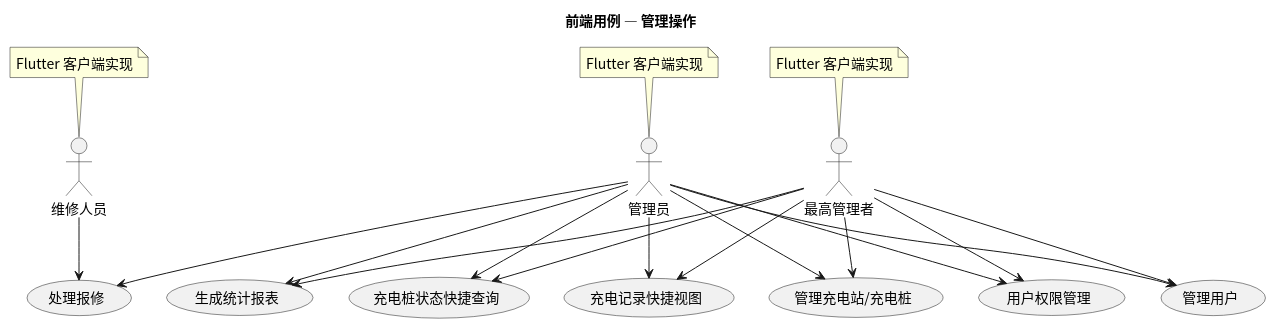
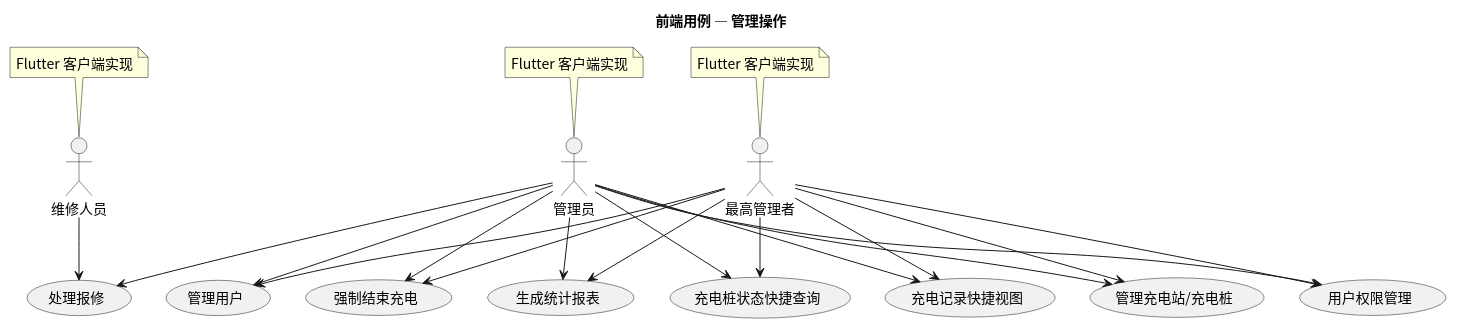
Before and after one commit to greenhandzdl/charging-station-doc: the diagram in usecase/docs/frontend/src/frontend_admin_usecases.puml, drawn with PlantUML. The commit also changed 30 other files, not shown here.

First line of the commit message:
fix: 时序图补充与评估修复 — 新增充电活动图、报修单/支付状态图、强制结束充电用例、修复状态值不一致与version残留

```diff
--- a/usecase/docs/frontend/src/frontend_admin_usecases.puml
+++ b/usecase/docs/frontend/src/frontend_admin_usecases.puml
@@ -1,37 +1,40 @@
 @startuml
 skinparam defaultFontName "Noto Sans CJK SC"
 skinparam defaultFontSize 14
 title 前端用例 — 管理操作
 skinparam useCaseShape rectangle
 
 actor "管理员" as A
 actor "维修人员" as M
 actor "最高管理者" as SA
 
 note top of A : Flutter 客户端实现
 note top of M : Flutter 客户端实现
 note top of SA : Flutter 客户端实现
 
 usecase "处理报修" as HR
 usecase "管理充电站/充电桩" as MM
 usecase "用户权限管理" as PM
 usecase "管理用户" as MU
+usecase "强制结束充电" as FSC
 usecase "生成统计报表" as GS
 usecase "充电桩状态快捷查询" as QC
 usecase "充电记录快捷视图" as QV
 
 A --> HR
 A --> MM
 A --> PM
 A --> MU
+A --> FSC
 A --> GS
 A --> QC
 A --> QV
 M --> HR
 SA --> MM
 SA --> PM
 SA --> MU
+SA --> FSC
 SA --> GS
 SA --> QC
 SA --> QV
 @enduml
```
